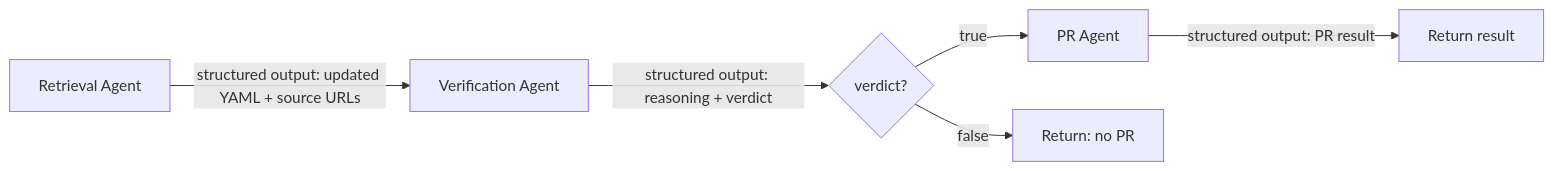
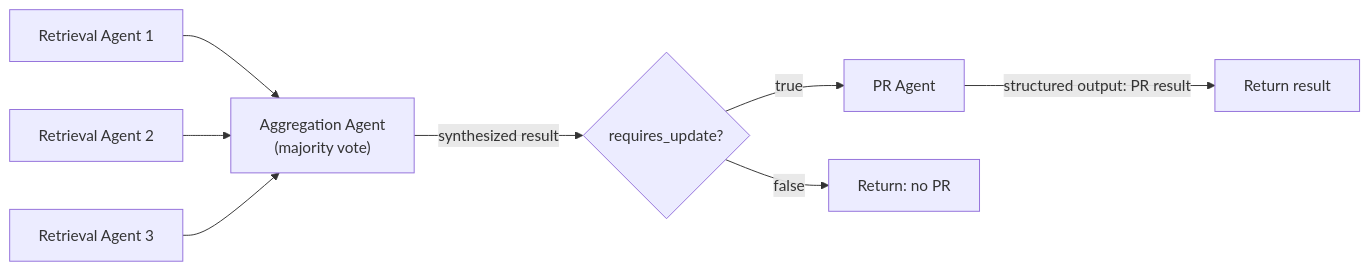
One commit to huggingface/ai-deadlines changed the diagram in agents/PLAN.md. Above: the diagram before and after it, drawn with Mermaid. The commit also changed other lines of this file and 1 other file, not shown here.

````diff
--- a/agents/PLAN.md
+++ b/agents/PLAN.md
@@ -35,8 +35,10 @@
 ```mermaid
 flowchart LR
-    A["Retrieval Agent"] -->|"structured output: updated YAML + source URLs"| B["Verification Agent"]
-    B -->|"structured output: reasoning + verdict"| C{verdict?}
+    A1["Retrieval Agent 1"] --> V["Aggregation Agent\n(majority vote)"]
+    A2["Retrieval Agent 2"] --> V
+    A3["Retrieval Agent 3"] --> V
+    V -->|"synthesized result"| C{requires_update?}
     C -->|true| D["PR Agent"]
     C -->|false| E["Return: no PR"]
     D -->|"structured output: PR result"| F["Return result"]
 ```
````
